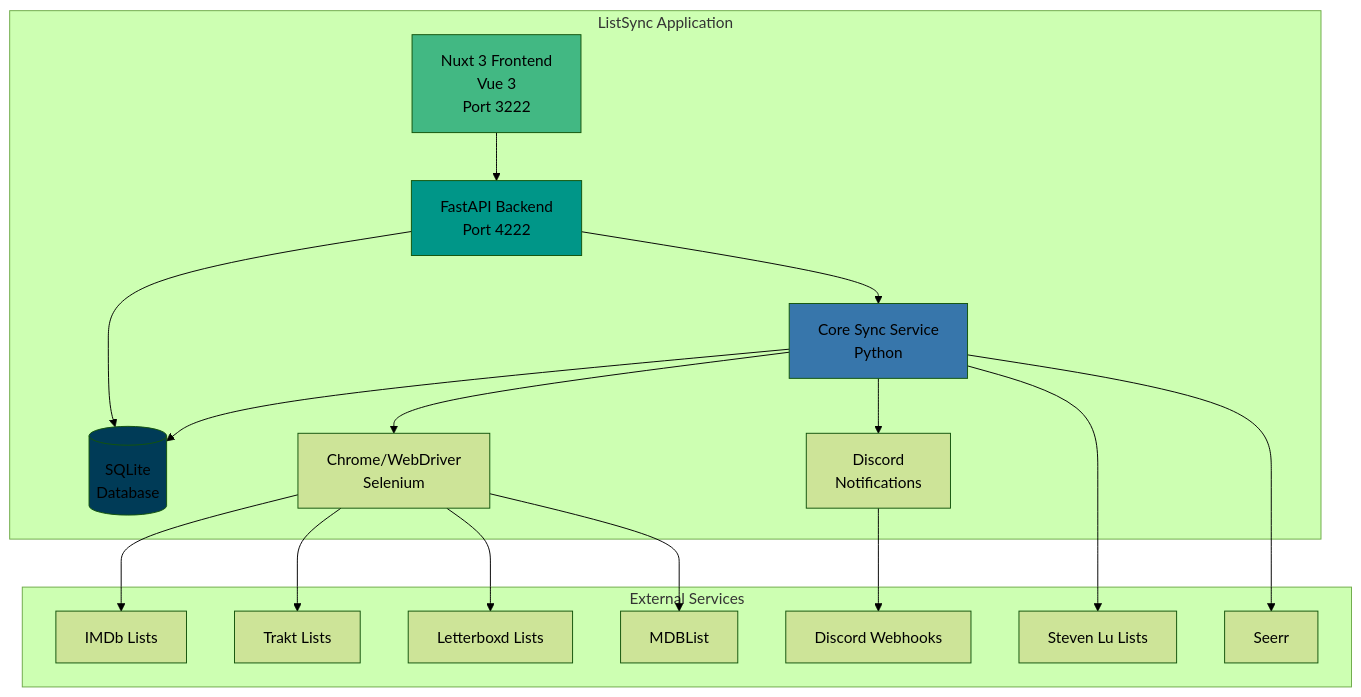
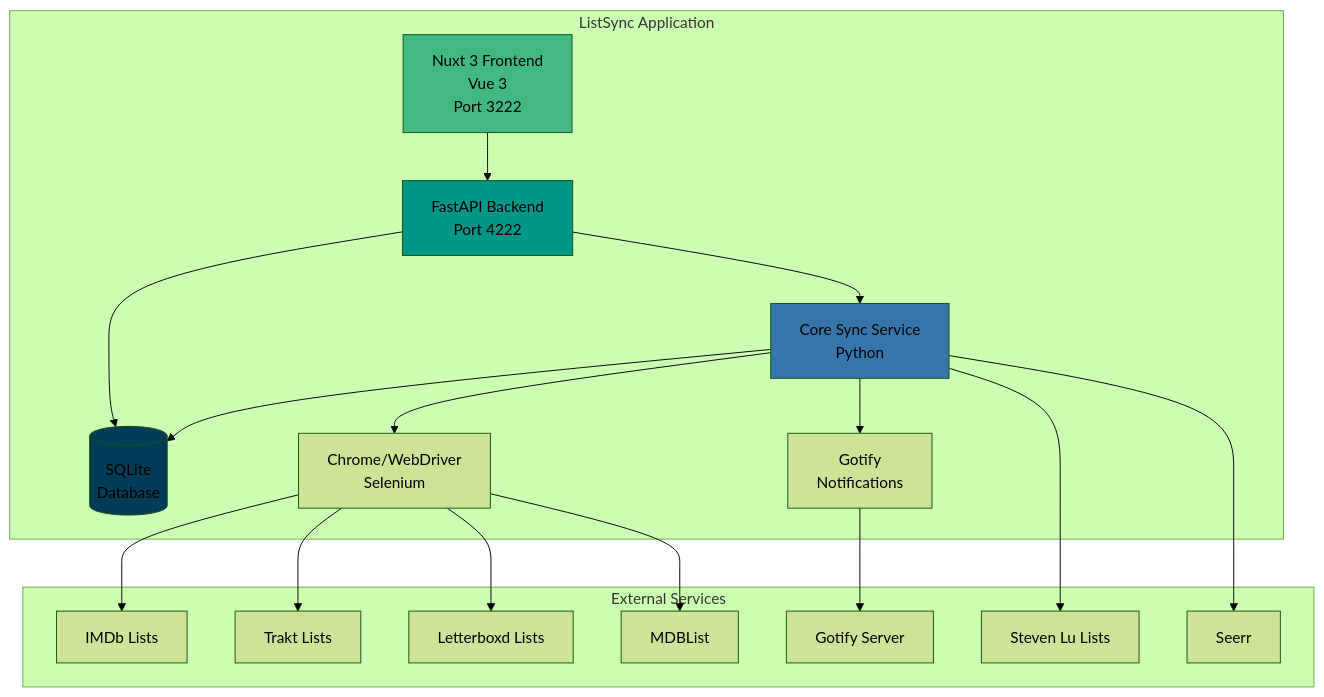
One commit to martynvdijke/listsync changed the first of 20 diagrams in docs/architecture.md. Above: the diagram before and after it, drawn with Mermaid (forest theme). The commit also changed other lines of this file and 44 other files, not shown here.

````diff
--- a/docs/architecture.md
+++ b/docs/architecture.md
@@ -22,41 +22,41 @@
 ```mermaid
 graph TB
     subgraph "ListSync Application"
         CoreSync[Core Sync Service<br/>Python]
         API[FastAPI Backend<br/>Port 4222]
         Frontend[Nuxt 3 Frontend<br/>Vue 3<br/>Port 3222]
         DB[(SQLite<br/>Database)]
-        Discord[Discord<br/>Notifications]
+        Gotify[Gotify<br/>Notifications]
         Selenium[Chrome/WebDriver<br/>Selenium]
         
         CoreSync --> DB
         CoreSync --> Selenium
         API --> DB
         API --> CoreSync
         Frontend --> API
-        CoreSync --> Discord
+        CoreSync --> Gotify
     end
     
     subgraph "External Services"
         IMDb[IMDb Lists]
         Trakt[Trakt Lists]
         Letterboxd[Letterboxd Lists]
         MDBList[MDBList]
         StevenLu[Steven Lu Lists]
         Seerr[Seerr]
-        DiscordWebhook[Discord Webhooks]
+        GotifyServer[Gotify Server]
     end
     
     Selenium --> IMDb
     Selenium --> Trakt
     Selenium --> Letterboxd
     Selenium --> MDBList
     CoreSync --> StevenLu
     CoreSync --> Seerr
-    Discord --> DiscordWebhook
+    Gotify --> GotifyServer
     
     style Frontend fill:#42b883
     style API fill:#009688
     style CoreSync fill:#3776ab
     style DB fill:#003b57
 ```
````
